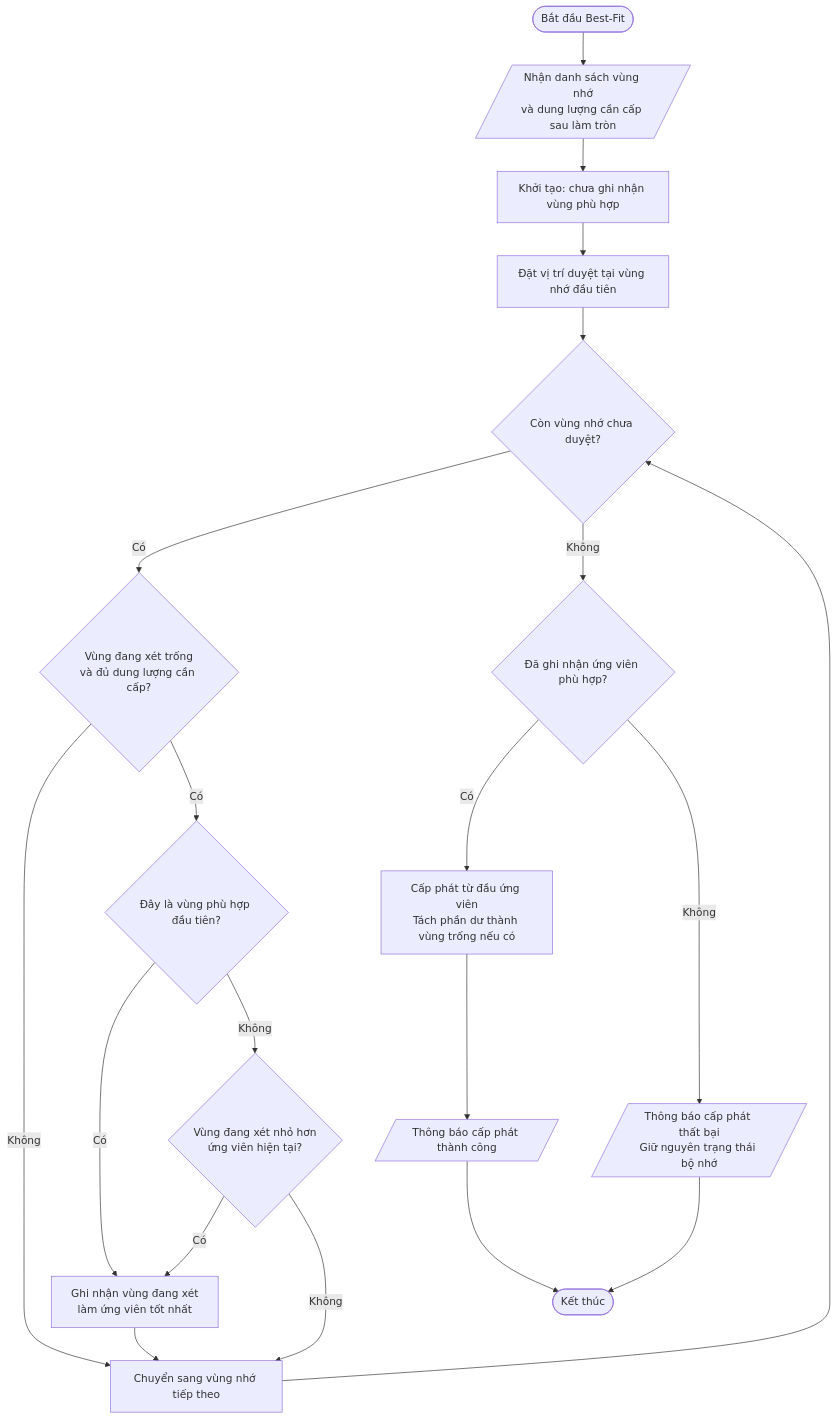
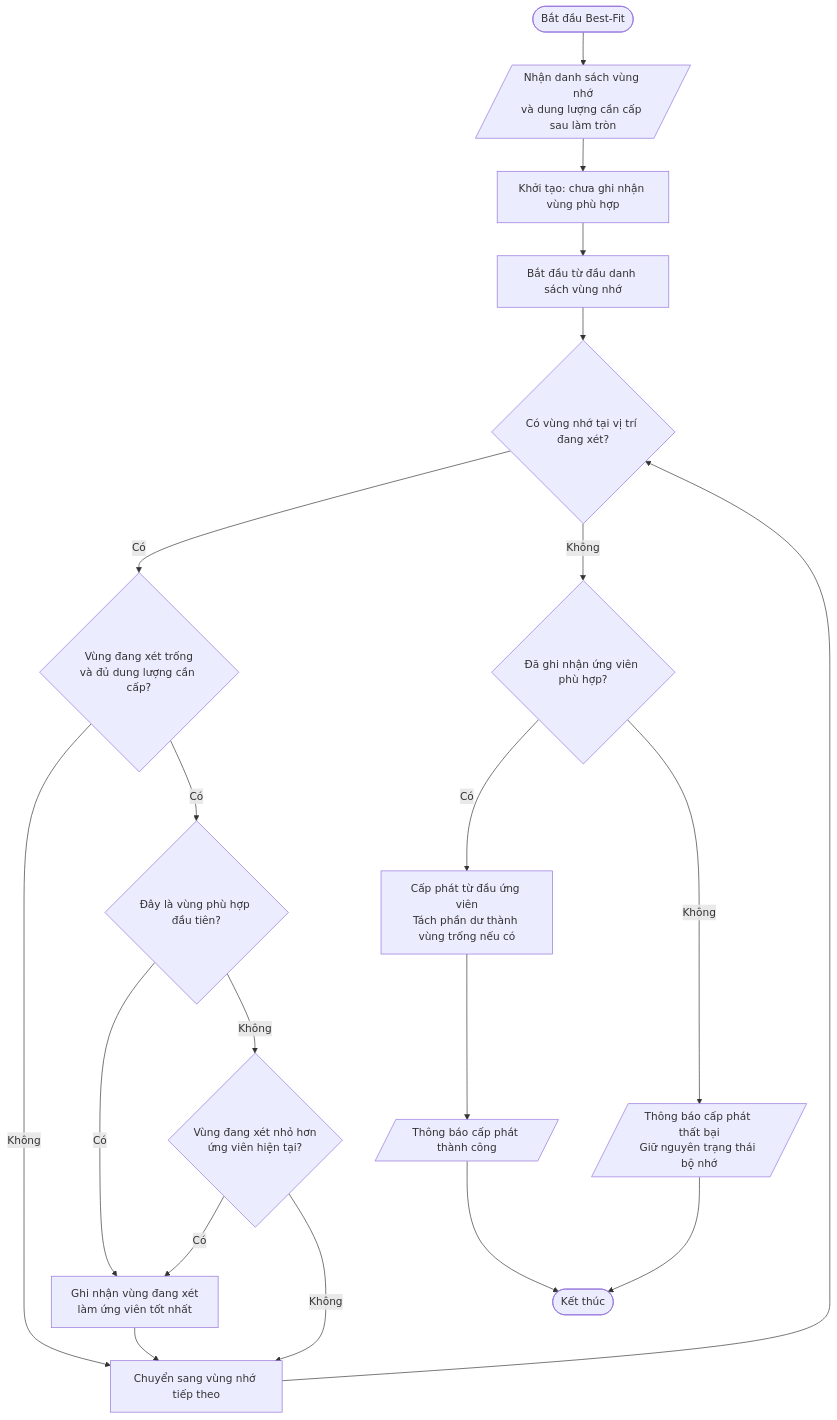
One commit to GiaHung305/OS_MEM_11_Nhom03 changed the third of 4 diagrams in report/spec.md. Above: the diagram before and after it, drawn with Mermaid. The commit also changed other lines of this file, not shown here.

Commit message:
Clarify flowchart scan position

````diff
--- a/report/spec.md
+++ b/report/spec.md
@@ -236,23 +236,23 @@
 ```mermaid
 flowchart TD
     BF_START([Bắt đầu Best-Fit])
     BF_START --> BF_INPUT[/"Nhận danh sách vùng nhớ<br/>và dung lượng cần cấp sau làm tròn"/]
     BF_INPUT --> BF_INIT["Khởi tạo: chưa ghi nhận vùng phù hợp"]
-    BF_INIT --> BF_FIRST["Đặt vị trí duyệt tại vùng nhớ đầu tiên"]
-    BF_FIRST --> BF_MORE{"Còn vùng nhớ chưa duyệt?"}
+    BF_INIT --> BF_FIRST["Bắt đầu từ đầu danh sách vùng nhớ"]
+    BF_FIRST --> BF_MORE{"Có vùng nhớ tại vị trí đang xét?"}
     BF_MORE -->|Có| BF_FITS{"Vùng đang xét trống<br/>và đủ dung lượng cần cấp?"}
     BF_FITS -->|Không| BF_NEXT["Chuyển sang vùng nhớ tiếp theo"]
     BF_FITS -->|Có| BF_EMPTY{"Đây là vùng phù hợp đầu tiên?"}
     BF_EMPTY -->|Có| BF_SELECT["Ghi nhận vùng đang xét<br/>làm ứng viên tốt nhất"]
     BF_EMPTY -->|Không| BF_BETTER{"Vùng đang xét nhỏ hơn<br/>ứng viên hiện tại?"}
     BF_BETTER -->|Có| BF_SELECT
     BF_BETTER -->|Không| BF_NEXT
     BF_SELECT --> BF_NEXT
     BF_NEXT --> BF_MORE
     BF_MORE -->|Không| BF_FOUND{"Đã ghi nhận ứng viên phù hợp?"}
     BF_FOUND -->|Có| BF_ALLOC["Cấp phát từ đầu ứng viên<br/>Tách phần dư thành vùng trống nếu có"]
     BF_ALLOC --> BF_SUCCESS[/"Thông báo cấp phát thành công"/]
     BF_FOUND -->|Không| BF_FAIL[/"Thông báo cấp phát thất bại<br/>Giữ nguyên trạng thái bộ nhớ"/]
     BF_SUCCESS --> BF_END([Kết thúc])
     BF_FAIL --> BF_END
 ```
````
